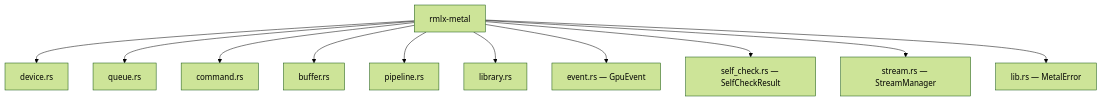
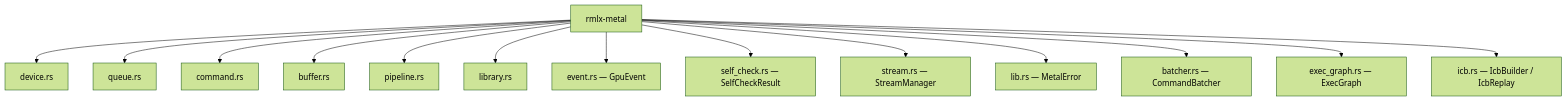
One commit to 0xDaizz/RMLX changed the first of 4 diagrams in docs/crates/rmlx-metal.md. Above: the diagram before and after it, drawn with Mermaid (forest theme). The commit also changed other lines of this file and 12 other files, not shown here.

First line of the commit message:
feat: Phase 9 GPU Pipeline — CPU-minimal execution architecture

````diff
--- a/docs/crates/rmlx-metal.md
+++ b/docs/crates/rmlx-metal.md
@@ -13,13 +13,16 @@
 ```mermaid
 graph TD
     A[rmlx-metal] --> B[device.rs]
     A --> C[queue.rs]
     A --> D[command.rs]
     A --> E[buffer.rs]
     A --> F[pipeline.rs]
     A --> G[library.rs]
     A --> H[event.rs — GpuEvent]
     A --> I[self_check.rs — SelfCheckResult]
     A --> J[stream.rs — StreamManager]
     A --> K[lib.rs — MetalError]
+    A --> L[batcher.rs — CommandBatcher]
+    A --> M[exec_graph.rs — ExecGraph]
+    A --> N[icb.rs — IcbBuilder / IcbReplay]
 ```
````
